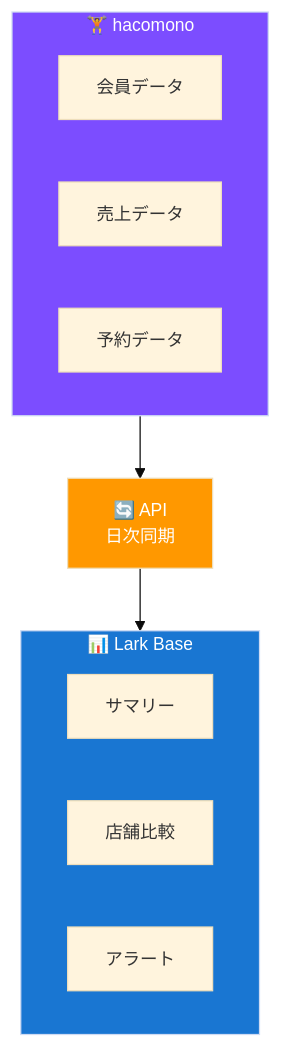
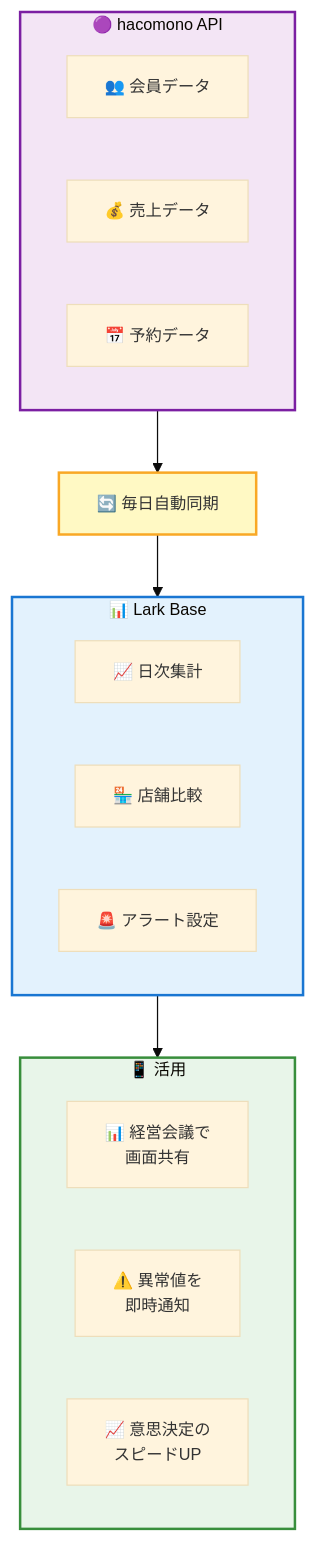
Before and after one commit to PLark-droid/lark-proposal: diagram 11 of 20 in docs/FITPLACE_LARK_PROPOSAL.md, drawn with Mermaid. The commit also changed other lines of this file, not shown here.

First line of the commit message:
docs: V1コンテンツベースにインフォグラフィック品質のMermaid図を適用

````diff
--- a/docs/FITPLACE_LARK_PROPOSAL.md
+++ b/docs/FITPLACE_LARK_PROPOSAL.md
@@ -296,23 +430,30 @@
 ```mermaid
-%%{init: {'theme': 'base', 'themeVariables': {'fontSize': '14px'}}}%%
+%%{init: {'theme': 'base', 'themeVariables': {'fontSize': '13px'}}}%%
 flowchart TB
-    subgraph src["🏋️ hacomono"]
-        H1["会員データ"]
-        H2["売上データ"]
-        H3["予約データ"]
+    subgraph hacomono["🟣 hacomono API"]
+        H1["👥 会員データ"]
+        H2["💰 売上データ"]
+        H3["📅 予約データ"]
     end
 
-    API["🔄 API<br/>日次同期"]
+    sync["🔄 毎日自動同期"]
 
-    subgraph dst["📊 Lark Base"]
-        L1["サマリー"]
-        L2["店舗比較"]
-        L3["アラート"]
+    subgraph base["📊 Lark Base"]
+        B1["📈 日次集計"]
+        B2["🏪 店舗比較"]
+        B3["🚨 アラート設定"]
     end
 
-    src --> API --> dst
+    subgraph output["📱 活用"]
+        O1["📊 経営会議で<br/>画面共有"]
+        O2["⚠️ 異常値を<br/>即時通知"]
+        O3["📈 意思決定の<br/>スピードUP"]
+    end
 
-    style src fill:#7c4dff,color:#fff
-    style API fill:#ff9800,color:#fff
-    style dst fill:#1976d2,color:#fff
+    hacomono --> sync --> base --> output
+
+    style hacomono fill:#f3e5f5,stroke:#7b1fa2,stroke-width:2px
+    style sync fill:#fff9c4,stroke:#f9a825,stroke-width:2px
+    style base fill:#e3f2fd,stroke:#1976d2,stroke-width:2px
+    style output fill:#e8f5e9,stroke:#388e3c,stroke-width:2px
 ```
````
